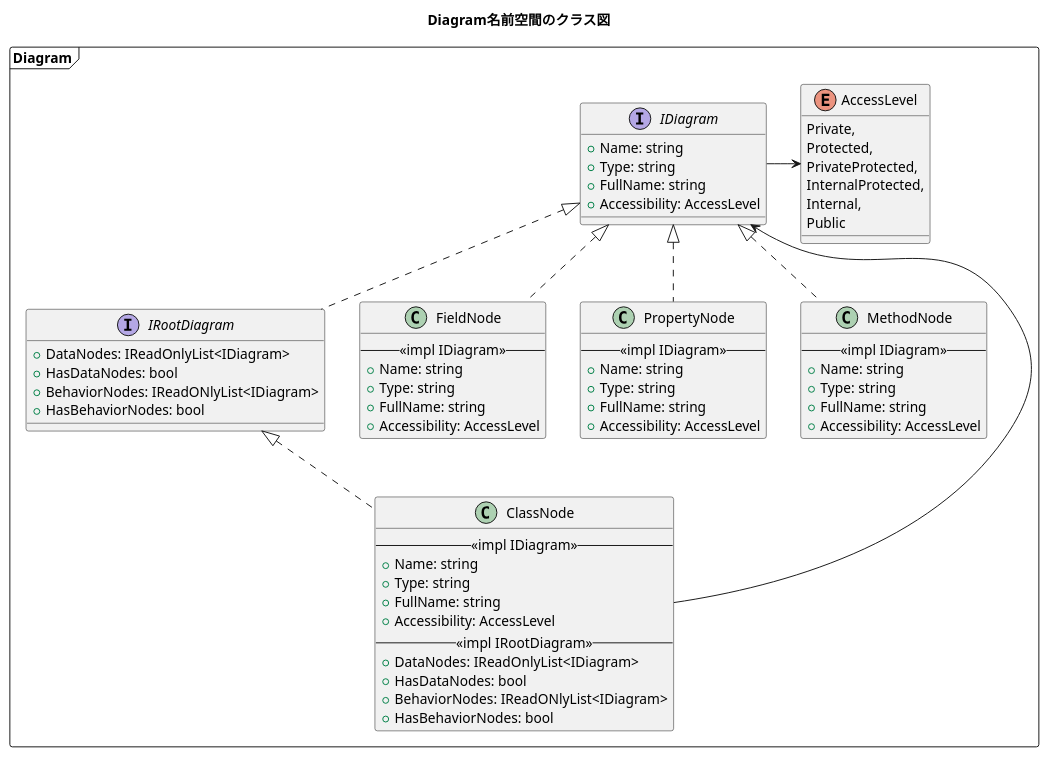
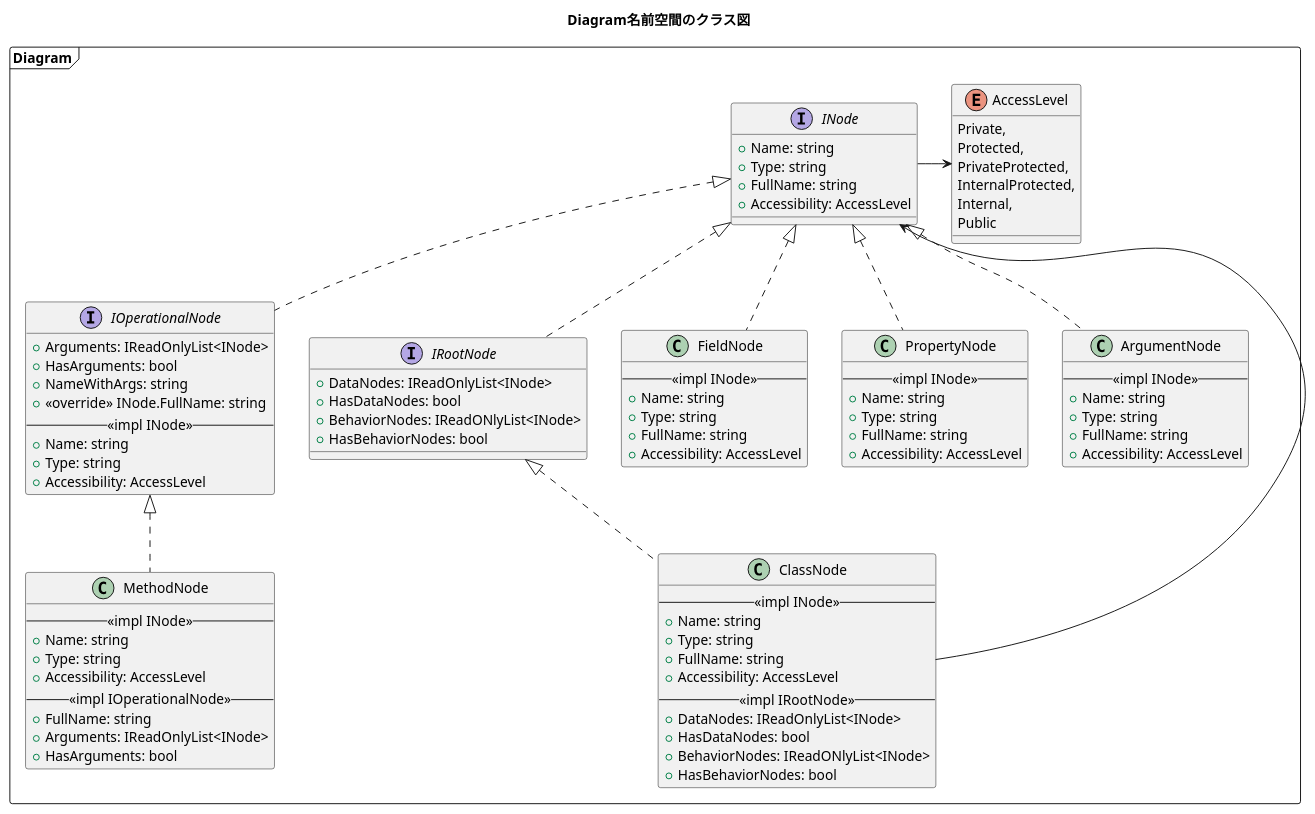
Before and after one commit to Pregum/UmlCreator: the diagram in Docs/UmlCreator.Core/Class/diagram_namespace_class.pu, drawn with PlantUML.

Commit message:
[update] Diagram名前空間のクラス図の更新

```diff
--- a/Docs/UmlCreator.Core/Class/diagram_namespace_class.pu
+++ b/Docs/UmlCreator.Core/Class/diagram_namespace_class.pu
@@ -1,85 +1,112 @@
 @startuml Diagram_class
 
 title Diagram名前空間のクラス図
 
 package Diagram <<Frame>>
 {
-  interface IRootDiagram
+  interface IRootNode
   {
-    + DataNodes: IReadOnlyList<IDiagram>
+    + DataNodes: IReadOnlyList<INode>
     + HasDataNodes: bool
-    + BehaviorNodes: IReadONlyList<IDiagram>
+    + BehaviorNodes: IReadONlyList<INode>
     + HasBehaviorNodes: bool
   }
 
-  interface IDiagram
+  interface INode
   {
     + Name: string
     + Type: string
     + FullName: string
     + Accessibility: AccessLevel
   }
 
   enum AccessLevel
   {
     Private,
     Protected,
     PrivateProtected,
     InternalProtected,
     Internal,
     Public
   }
 
   class ClassNode
   {
-    --<<impl IDiagram>>--
+    --<<impl INode>>--
     + Name: string
     + Type: string
     + FullName: string
     + Accessibility: AccessLevel
-    --<<impl IRootDiagram>>--
-    + DataNodes: IReadOnlyList<IDiagram>
+    --<<impl IRootNode>>--
+    + DataNodes: IReadOnlyList<INode>
     + HasDataNodes: bool
-    + BehaviorNodes: IReadONlyList<IDiagram>
+    + BehaviorNodes: IReadONlyList<INode>
     + HasBehaviorNodes: bool
   }
 
   class FieldNode
   {
-    --<<impl IDiagram>>--
+    --<<impl INode>>--
     + Name: string
     + Type: string
     + FullName: string
     + Accessibility: AccessLevel
   }
 
   class PropertyNode
   {
-    --<<impl IDiagram>>--
+    --<<impl INode>>--
     + Name: string
     + Type: string
     + FullName: string
     + Accessibility: AccessLevel
   }
 
   class MethodNode
   {
-    --<<impl IDiagram>>--
+    --<<impl INode>>--
+    + Name: string
+    + Type: string
+    + Accessibility: AccessLevel
+    --<<impl IOperationalNode>>--
+    + FullName: string
+    + Arguments: IReadOnlyList<INode>
+    + HasArguments: bool
+  }
+
+  class ArgumentNode
+  {
+    --<<impl INode>>--
     + Name: string
     + Type: string
     + FullName: string
     + Accessibility: AccessLevel
   }
+
+  interface IOperationalNode
+  {
+    + Arguments: IReadOnlyList<INode>
+    + HasArguments: bool
+    + NameWithArgs: string
+    + <<override>> INode.FullName: string
+    --<<impl INode>>--
+    + Name: string
+    + Type: string
+    + Accessibility: AccessLevel
+  }
 }
 
-FieldNode .u.|> IDiagram
-PropertyNode .u.|> IDiagram
-MethodNode .u.|> IDiagram
-IRootDiagram .u.|> IDiagram
+FieldNode .u.|> INode
+PropertyNode .u.|> INode
+IRootNode .u.|> INode
+ArgumentNode .u.|> INode
+IOperationalNode .u.|> INode
 
-ClassNode .u.|> IRootDiagram
-ClassNode --> IDiagram
+MethodNode .u.|> IOperationalNode
 
-IDiagram -> AccessLevel
+ClassNode .u.|> IRootNode
+ClassNode --> INode
+
+INode -> AccessLevel
 
 @enduml
```
